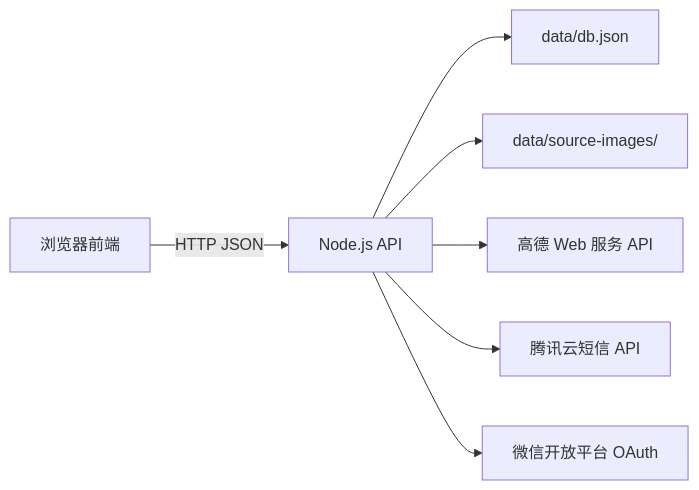
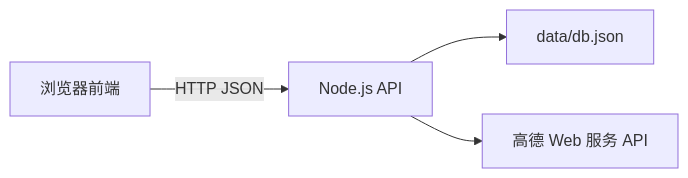
The diagram in docs/TECHNICAL.md (lzhdelife/shenzhen-tutor-web), drawn with Mermaid before and after one commit. The commit also changed other lines of this file and 15 other files, not shown here.

Commit message:
refactor: simplify login and remove source images

````diff
--- a/docs/TECHNICAL.md
+++ b/docs/TECHNICAL.md
@@ -5,9 +5,6 @@
 ```mermaid
 flowchart LR
     B["浏览器前端"] -->|"HTTP JSON"| A["Node.js API"]
     A --> D["data/db.json"]
-    A --> I["data/source-images/"]
     A --> G["高德 Web 服务 API"]
-    A --> S["腾讯云短信 API"]
-    A --> X["微信开放平台 OAuth"]
 ```
````
